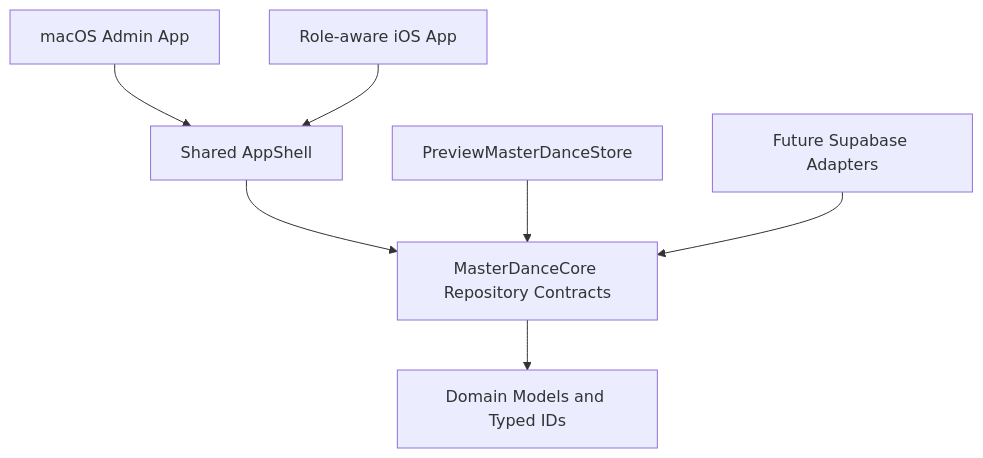
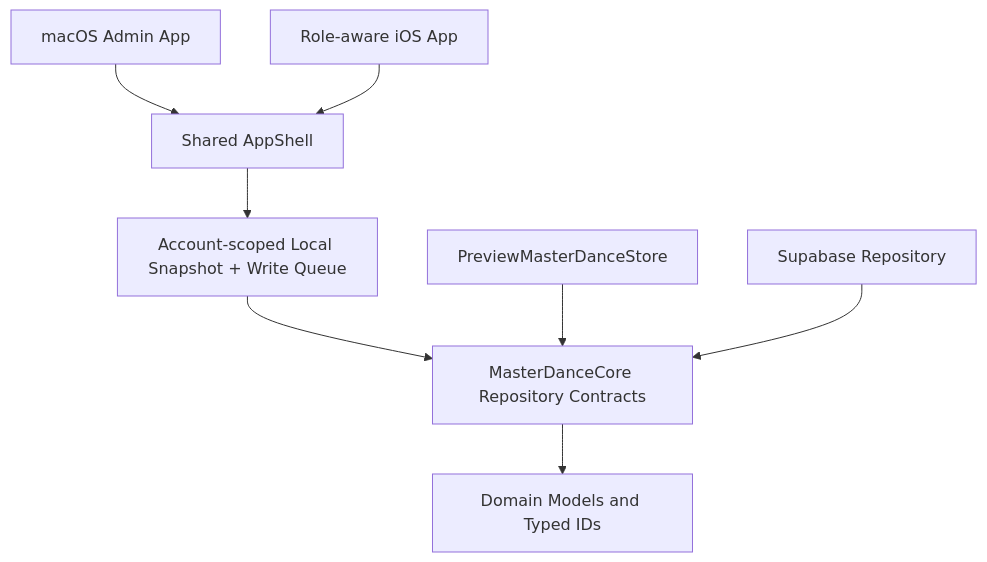
Before and after one commit to BillYuanWang/mastersystem: the diagram in docs/architecture.md, drawn with Mermaid. The commit also changed other lines of this file and 34 other files, not shown here.

Commit message:
feat: add local-first iOS family workflows

````diff
--- a/docs/architecture.md
+++ b/docs/architecture.md
@@ -13,9 +13,10 @@
 ```mermaid
 flowchart TD
     macOS["macOS Admin App"] --> shell["Shared AppShell"]
     iOS["Role-aware iOS App"] --> shell
-    shell --> contracts["MasterDanceCore Repository Contracts"]
+    shell --> localFirst["Account-scoped Local Snapshot + Write Queue"]
+    localFirst --> contracts["MasterDanceCore Repository Contracts"]
     preview["PreviewMasterDanceStore"] --> contracts
-    future["Future Supabase Adapters"] --> contracts
+    production["Supabase Repository"] --> contracts
     contracts --> domain["Domain Models and Typed IDs"]
 ```
````
